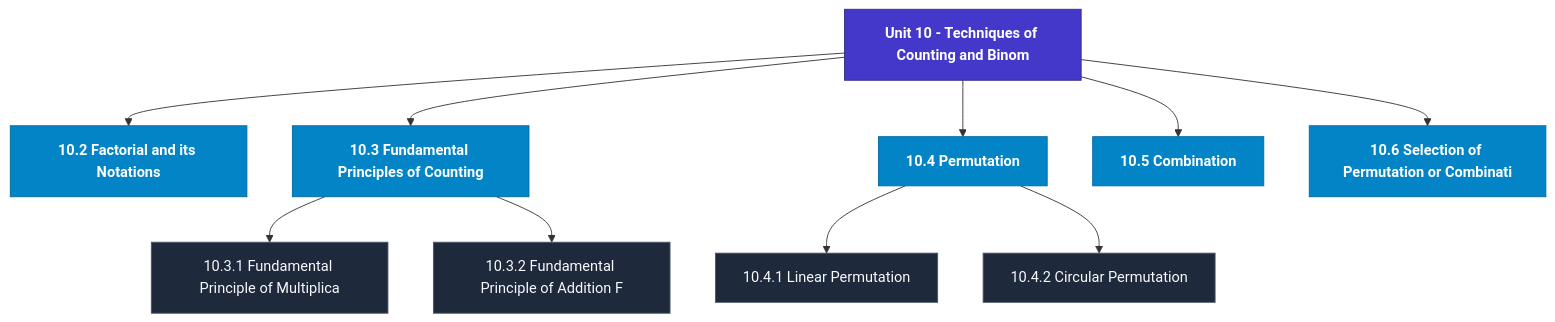
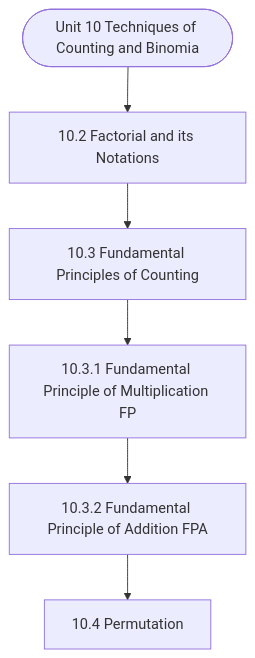
One commit to Asutosh-Coaching/mscdsa changed the diagram in notes/Semester_1/MCS-061_Mathematical_Foundations_-_I/unit_10_Techniques_of_Counting_and_Binomial_Theorem.md. Above: the diagram before and after it, drawn with Mermaid. The commit also changed other lines of this file and 115 other files, not shown here.

Commit message:
Fix Mermaid layout for mobile, isolate LaTeX delimiters, and add GitHub Pages reader

````diff
--- a/notes/Semester_1/MCS-061_Mathematical_Foundations_-_I/unit_10_Techniques_of_Counting_and_Binomial_Theorem.md
+++ b/notes/Semester_1/MCS-061_Mathematical_Foundations_-_I/unit_10_Techniques_of_Counting_and_Binomial_Theorem.md
@@ -19,27 +19,14 @@
 ```mermaid
 flowchart TD
-  %% Styling Definitions
-  classDef head fill:#4338ca,stroke:#312e81,color:#ffffff,font-weight:bold;
-  classDef topic fill:#0284c7,stroke:#0369a1,color:#ffffff,font-weight:600;
-  classDef sub fill:#1e293b,stroke:#475569,color:#f8fafc;
-
-  Root["Unit 10 - Techniques of Counting and Binom"]:::head
-  M1["10.2 Factorial and its Notations"]:::topic
-  Root --> M1
-  M2["10.3 Fundamental Principles of Counting"]:::topic
-  Root --> M2
-  M2_1["10.3.1 Fundamental Principle of Multiplica"]:::sub
-  M2 --> M2_1
-  M2_2["10.3.2 Fundamental Principle of Addition F"]:::sub
-  M2 --> M2_2
-  M3["10.4 Permutation"]:::topic
-  Root --> M3
-  M3_1["10.4.1 Linear Permutation"]:::sub
-  M3 --> M3_1
-  M3_2["10.4.2 Circular Permutation"]:::sub
-  M3 --> M3_2
-  M4["10.5 Combination"]:::topic
-  Root --> M4
-  M5["10.6 Selection of Permutation or Combinati"]:::topic
-  Root --> M5
+  Start(["Unit 10 Techniques of Counting and Binomia"])
+  N1["10.2 Factorial and its Notations"]
+  N2["10.3 Fundamental Principles of Counting"]
+  N3["10.3.1 Fundamental Principle of Multiplication FP"]
+  N4["10.3.2 Fundamental Principle of Addition FPA"]
+  N5["10.4 Permutation"]
+  Start --> N1
+  N1 --> N2
+  N2 --> N3
+  N3 --> N4
+  N4 --> N5
 ```
````
